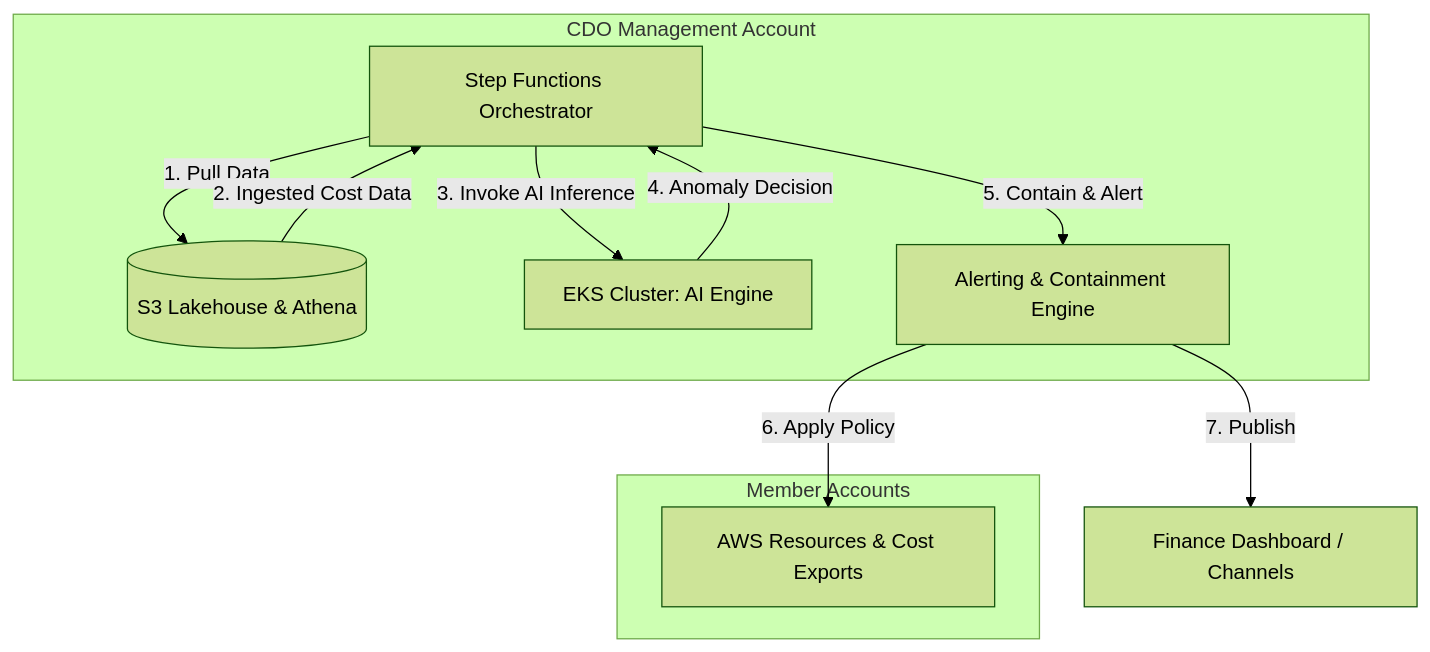
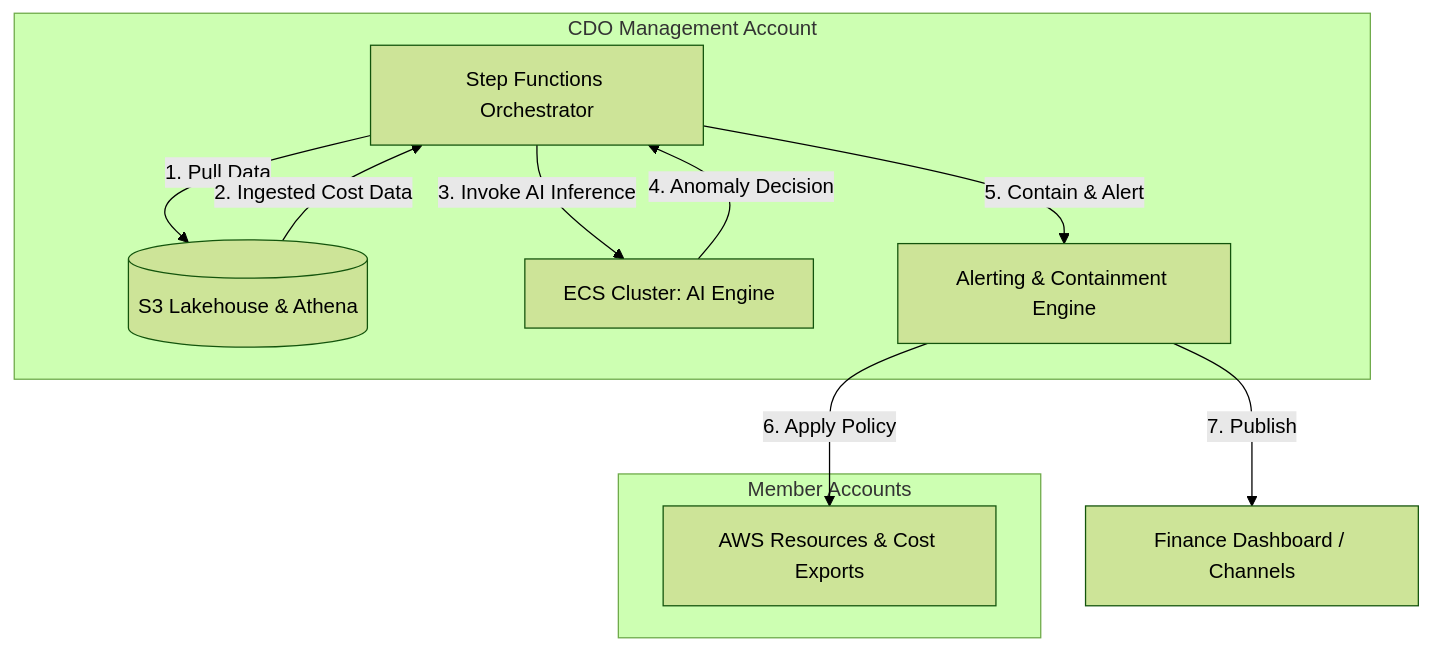
One commit to hungxqt/tf2-finops-docs changed the second of 5 diagrams in docs/tf2-finops/02_infra_design_vi.md. Above: the diagram before and after it, drawn with Mermaid (forest theme). The commit also changed other lines of this file and 23 other files, not shown here.

````diff
--- a/docs/tf2-finops/02_infra_design_vi.md
+++ b/docs/tf2-finops/02_infra_design_vi.md
@@ -107,17 +110,17 @@
 ```mermaid
 graph TD
     subgraph "Member Accounts"
         Members[AWS Resources & Cost Exports]
     end
 
     subgraph "CDO Management Account"
         SF[Step Functions Orchestrator] -->|1. Pull Data| Lakehouse[(S3 Lakehouse & Athena)]
         Lakehouse -->|2. Ingested Cost Data| SF
-        SF -->|3. Invoke AI Inference| EKS[EKS Cluster: AI Engine]
-        EKS -->|4. Anomaly Decision| SF
+        SF -->|3. Invoke AI Inference| ECS[ECS Cluster: AI Engine]
+        ECS -->|4. Anomaly Decision| SF
         SF -->|5. Contain & Alert| Actions[Alerting & Containment Engine]
     end
 
     Actions -->|6. Apply Policy| Members
     Actions -->|7. Publish| Dashboard[Finance Dashboard / Channels]
 ```
````
